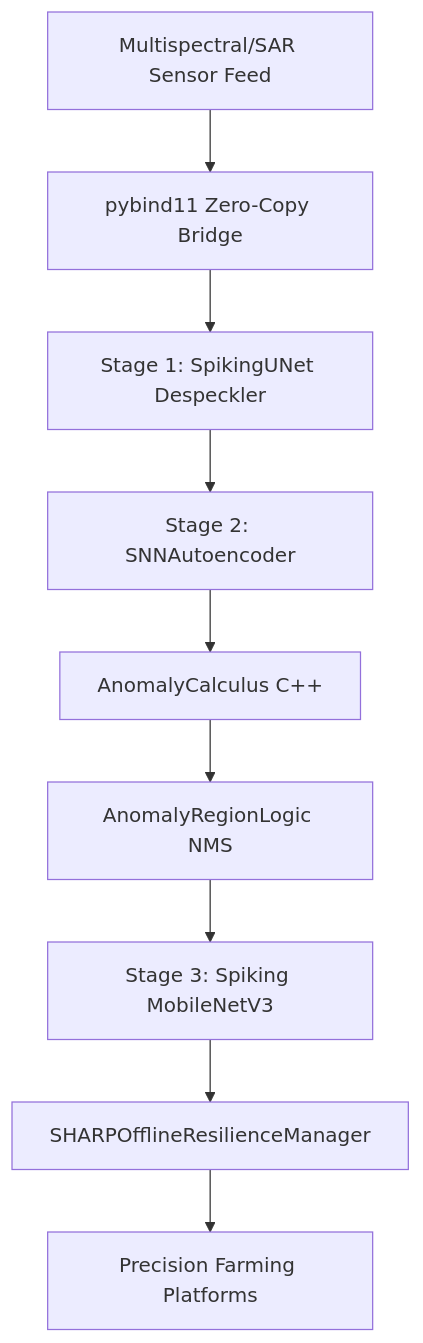
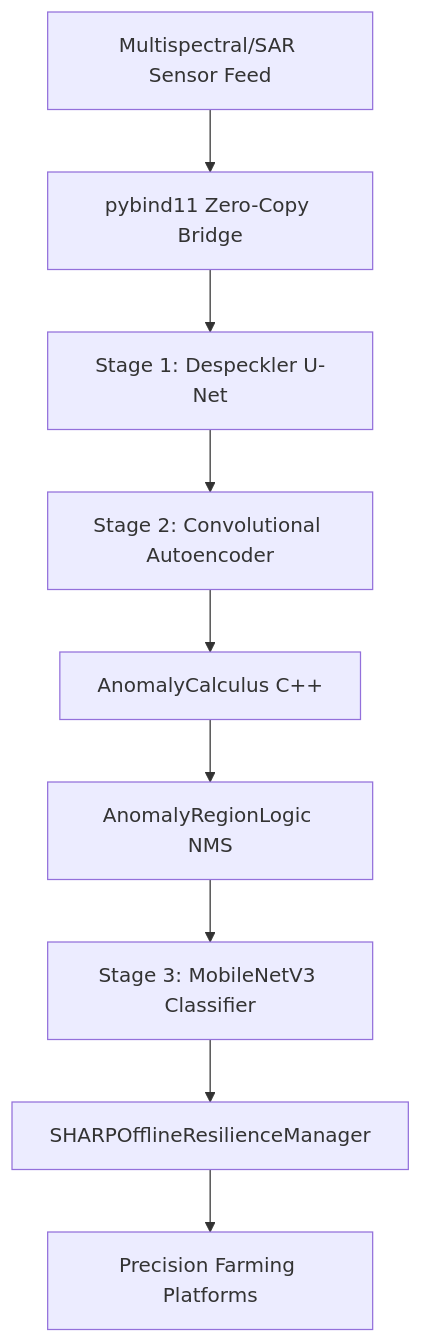
One commit to wwwrryyy/canopy-ai changed the first of 2 diagrams in ARCHITECTURE.md. Above: the diagram before and after it, drawn with Mermaid. The commit also changed other lines of this file and 25 other files, not shown here.

First line of the commit message:
feat(architecture): deepen canopy inspection pipeline and decouple edge seams

````diff
--- a/ARCHITECTURE.md
+++ b/ARCHITECTURE.md
@@ -8,11 +8,11 @@
 ```mermaid
 flowchart TD
     A[Multispectral/SAR Sensor Feed] --> B[pybind11 Zero-Copy Bridge]
-    B --> C[Stage 1: SpikingUNet Despeckler]
-    C --> D[Stage 2: SNNAutoencoder]
+    B --> C[Stage 1: Despeckler U-Net]
+    C --> D[Stage 2: Convolutional Autoencoder]
     D --> E[AnomalyCalculus C++]
     E --> F[AnomalyRegionLogic NMS]
-    F --> G[Stage 3: Spiking MobileNetV3]
+    F --> G[Stage 3: MobileNetV3 Classifier]
     G --> H[SHARPOfflineResilienceManager]
     H --> I[Precision Farming Platforms]
 ```
````
